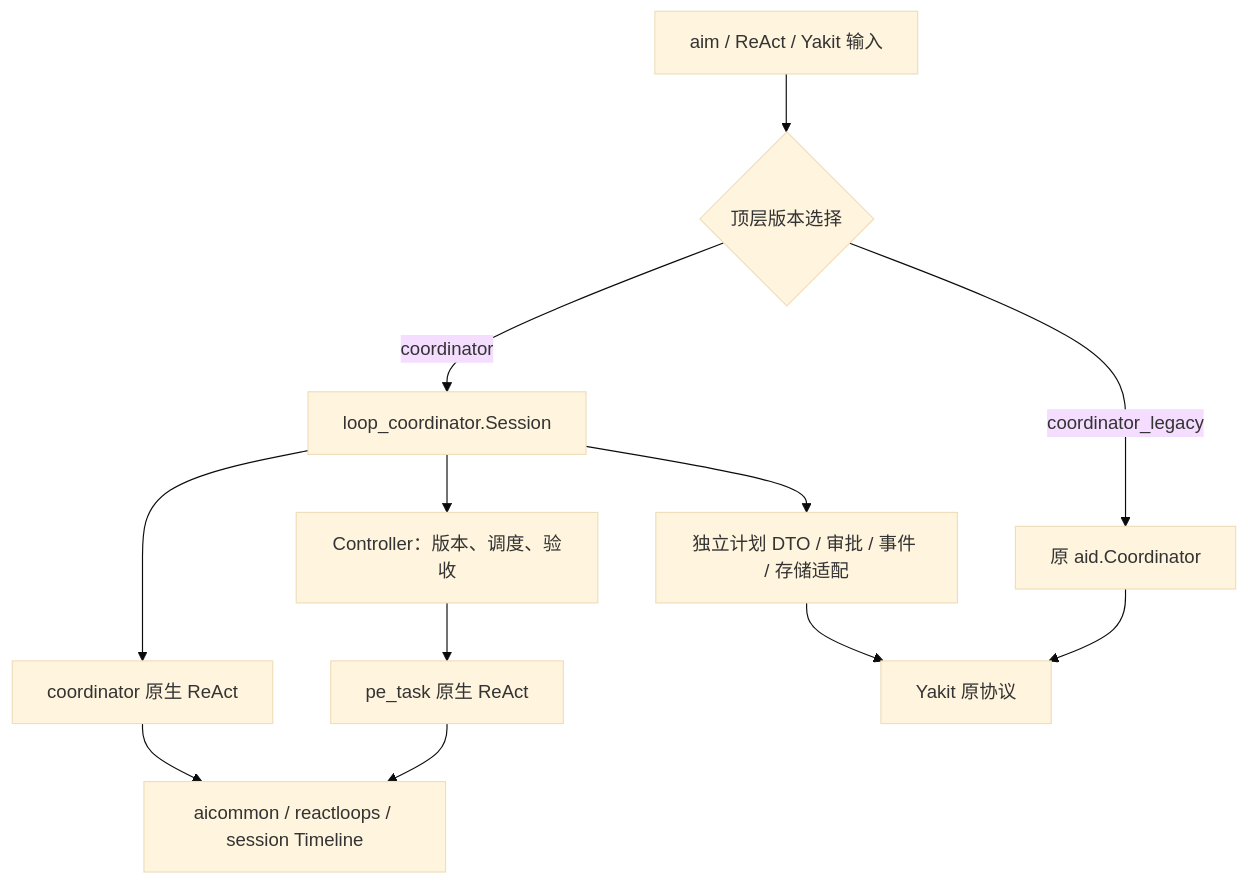
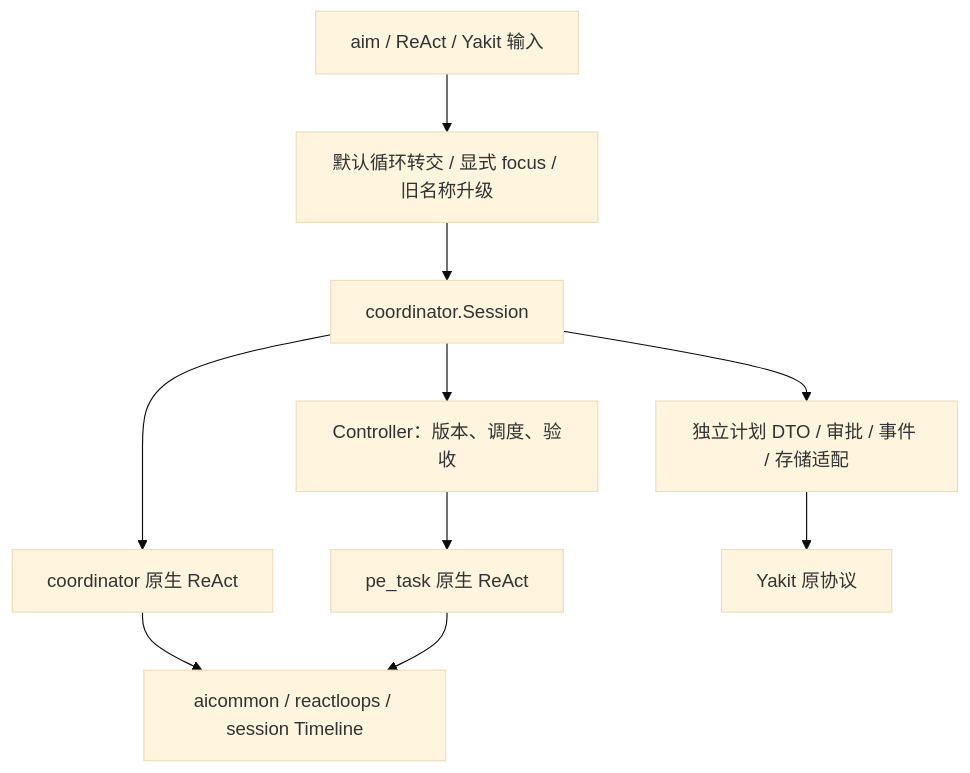
One commit to yaklang/yaklang changed the diagram in common/ai/aid/coordinator_architecture.md. Above: the diagram before and after it, drawn with Mermaid (base theme). The commit also changed other lines of this file and 339 other files, not shown here.

````diff
--- a/common/ai/aid/coordinator_architecture.md
+++ b/common/ai/aid/coordinator_architecture.md
@@ -22,14 +24,12 @@
 ```mermaid
 flowchart TD
-    Entry[aim / ReAct / Yakit 输入] --> Select{顶层版本选择}
-    Select -->|coordinator| Native[loop_coordinator.Session]
-    Select -->|coordinator_legacy| Legacy[原 aid.Coordinator]
+    Entry[aim / ReAct / Yakit 输入] --> Select[默认循环转交 / 显式 focus / 旧名称升级]
+    Select --> Native[coordinator.Session]
     Native --> Planner[coordinator 原生 ReAct]
     Native --> Control[Controller：版本、调度、验收]
     Control --> Worker[pe_task 原生 ReAct]
     Native --> Wire[独立计划 DTO / 审批 / 事件 / 存储适配]
     Wire --> UI[Yakit 原协议]
-    Legacy --> UI
     Planner --> Shared[aicommon / reactloops / session Timeline]
     Worker --> Shared
 ```
````
